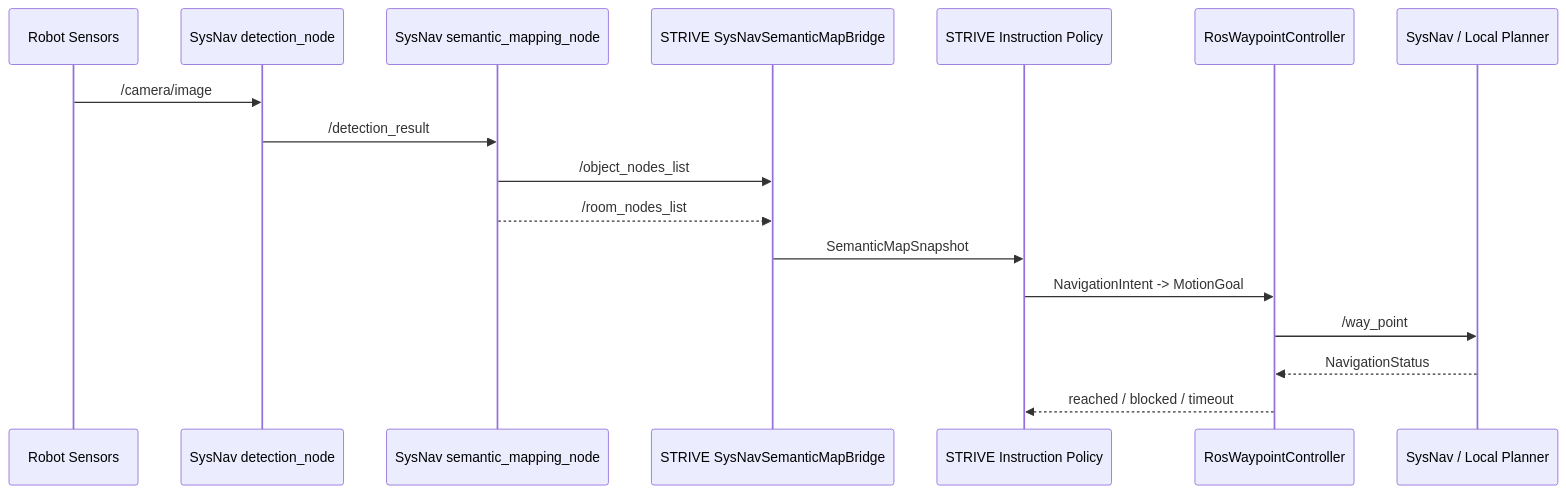
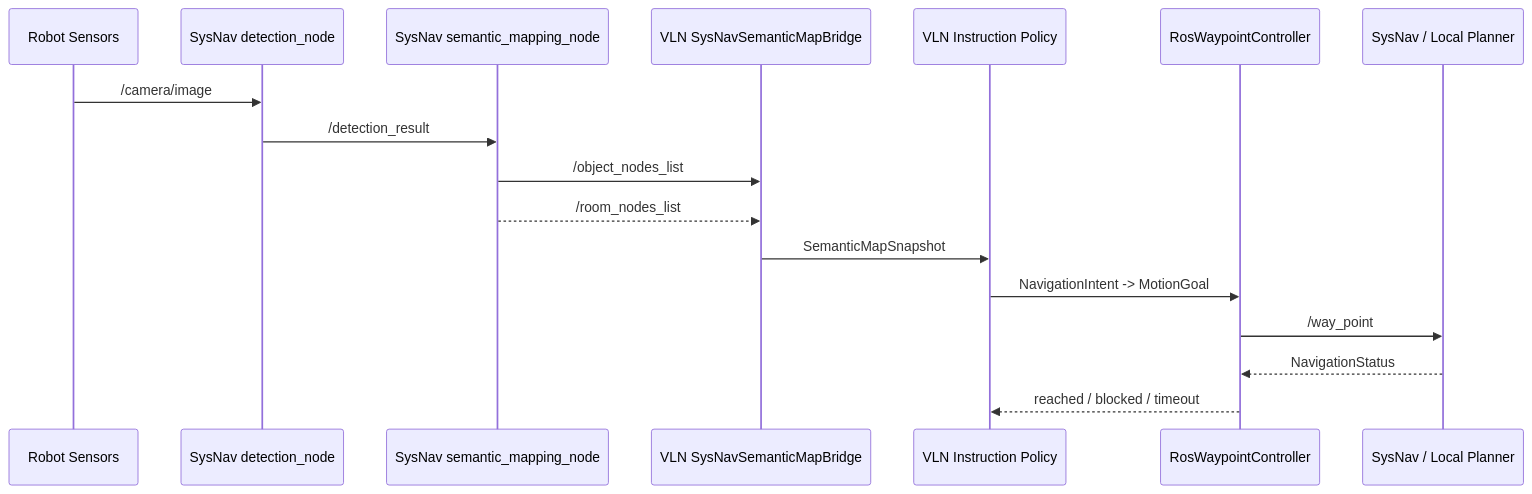
The third of 5 diagrams in docs/project_technical_whitepaper.md (Suhao07/HuaWeiNav), drawn with Mermaid before and after one commit. The commit also changed other lines of this file and 74 other files, not shown here.

Commit message:
docs(vln): align project naming and architecture documentation

````diff
--- a/docs/project_technical_whitepaper.md
+++ b/docs/project_technical_whitepaper.md
@@ -1326,20 +1326,20 @@
 ```mermaid
 sequenceDiagram
   participant Sensor as Robot Sensors
   participant Det as SysNav detection_node
   participant Map as SysNav semantic_mapping_node
-  participant Bridge as STRIVE SysNavSemanticMapBridge
-  participant Policy as STRIVE Instruction Policy
+  participant Bridge as VLN SysNavSemanticMapBridge
+  participant Policy as VLN Instruction Policy
   participant Ctrl as RosWaypointController
   participant Base as SysNav / Local Planner
 
   Sensor->>Det: /camera/image
   Det->>Map: /detection_result
   Map->>Bridge: /object_nodes_list
   Map-->>Bridge: /room_nodes_list
   Bridge->>Policy: SemanticMapSnapshot
   Policy->>Ctrl: NavigationIntent -> MotionGoal
   Ctrl->>Base: /way_point
   Base-->>Ctrl: NavigationStatus
   Ctrl-->>Policy: reached / blocked / timeout
 ```
````
